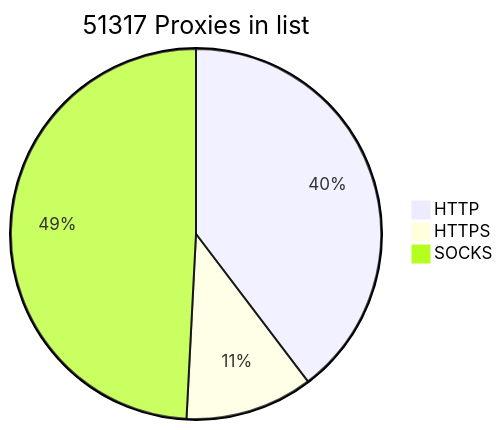
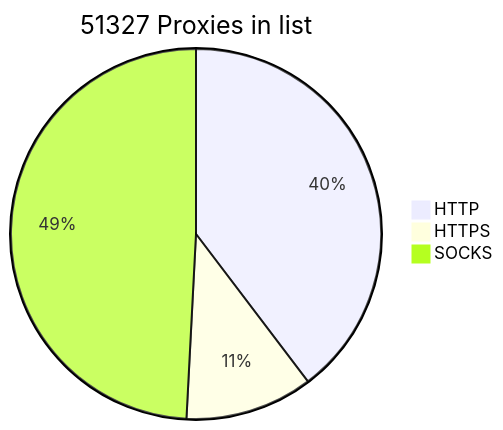
Before and after one commit to BlackSnowDot/proxylist-update-every-minute: the diagram in README.md, drawn with Mermaid.

````diff
--- a/README.md
+++ b/README.md
@@ -2,6 +2,6 @@
 ```mermaid
-pie title 51317 Proxies in list
-    "HTTP" : 22596
-    "HTTPS": 6350
-    "SOCKS" : 28015
+pie title 51327 Proxies in list
+    "HTTP" : 22600
+    "HTTPS": 6354
+    "SOCKS" : 28018
 ```
````
